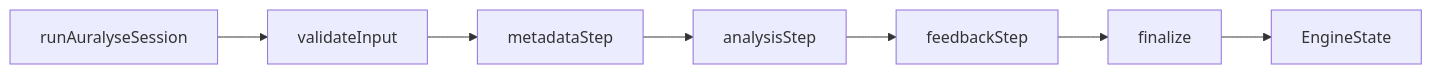
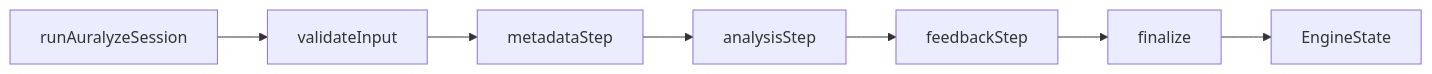
Before and after one commit to auralyze/docs: the diagram in index.md, drawn with Mermaid. The commit also changed other lines of this file and 13 other files, not shown here.

````diff
--- a/index.md
+++ b/index.md
@@ -23,9 +23,9 @@
 ```mermaid
 flowchart LR
-  A[runAuralyseSession] --> B[validateInput]
+  A[runAuralyzeSession] --> B[validateInput]
   B --> C[metadataStep]
   C --> D[analysisStep]
   D --> E[feedbackStep]
   E --> F[finalize]
   F --> G[EngineState]
 ```
````
